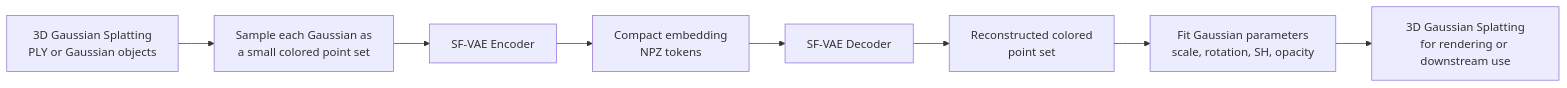
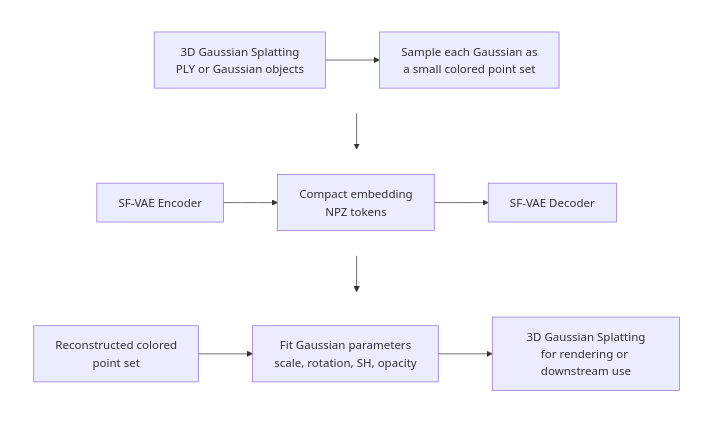
The diagram in README.md (cilix-ai/gs-embedding), drawn with Mermaid before and after one commit.

````diff
--- a/README.md
+++ b/README.md
@@ -37,14 +37,33 @@
 ```mermaid
-flowchart LR
-    A[3D Gaussian Splatting<br/>PLY or Gaussian objects]
-    B[Sample each Gaussian as<br/>a small colored point set]
-    C[SF-VAE Encoder]
-    D[Compact embedding<br/>NPZ tokens]
-    E[SF-VAE Decoder]
-    F[Reconstructed colored<br/>point set]
-    G[Fit Gaussian parameters<br/>scale, rotation, SH, opacity]
-    H[3D Gaussian Splatting<br/>for rendering or downstream use]
+flowchart TB
+    subgraph row1[" "]
+        direction LR
+        A[3D Gaussian Splatting<br/>PLY or Gaussian objects]
+        B[Sample each Gaussian as<br/>a small colored point set]
+        A --> B
+    end
 
-    A --> B --> C --> D
-    D --> E --> F --> G --> H
+    B --> C
+
+    subgraph row2[" "]
+        direction LR
+        C[SF-VAE Encoder]
+        D[Compact embedding<br/>NPZ tokens]
+        E[SF-VAE Decoder]
+        C --> D --> E
+    end
+
+    subgraph row3[" "]
+        direction LR
+        F[Reconstructed colored<br/>point set]
+        G[Fit Gaussian parameters<br/>scale, rotation, SH, opacity]
+        H[3D Gaussian Splatting<br/>for rendering or downstream use]
+        F --> G --> H
+    end
+
+    E --> F
+
+    style row1 fill:none,stroke:none
+    style row2 fill:none,stroke:none
+    style row3 fill:none,stroke:none
 ```
````
